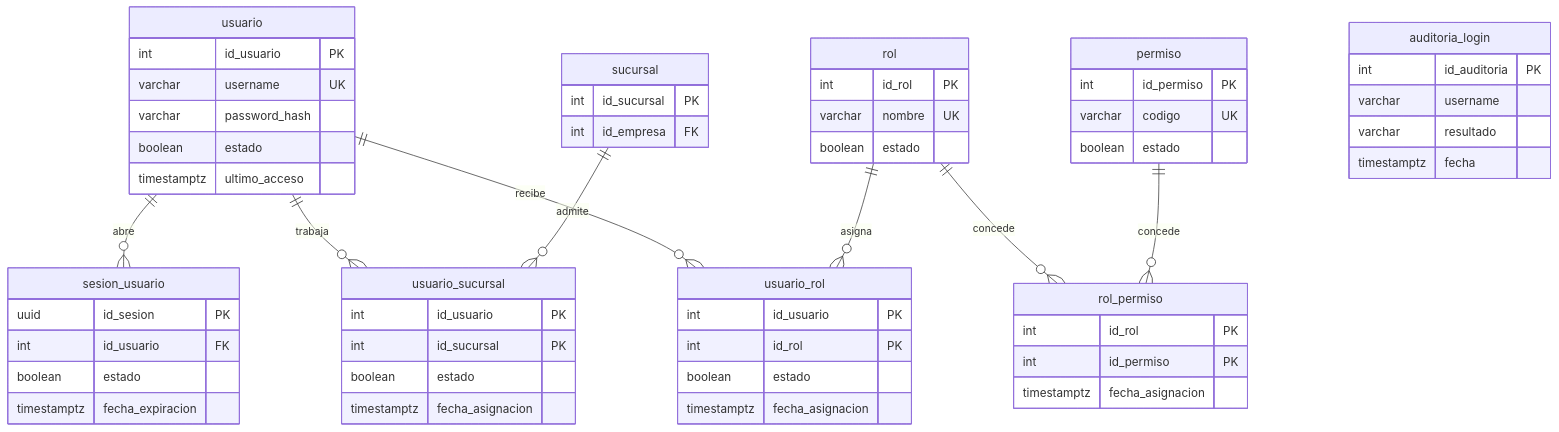
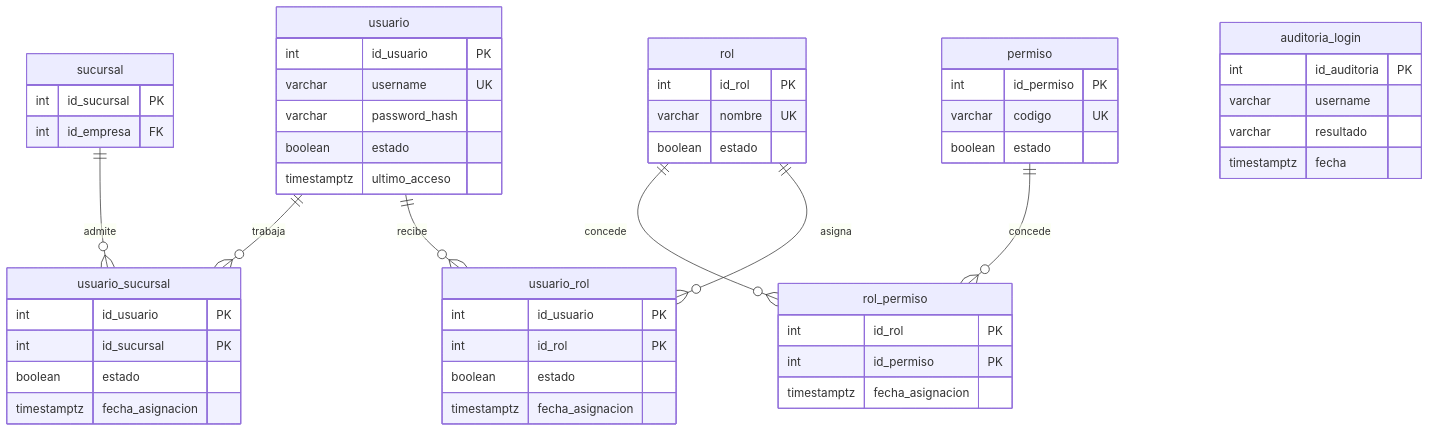
Before and after one commit to Dev-JeffZambrano/awr2.0: the fourth of 4 diagrams in documentacion/modelo-entidad-relacion.md, drawn with Mermaid. The commit also changed other lines of this file and 39 other files, not shown here.

````diff
--- a/documentacion/modelo-entidad-relacion.md
+++ b/documentacion/modelo-entidad-relacion.md
@@ -183,61 +270,54 @@
 ```mermaid
 erDiagram
     usuario ||--o{ usuario_rol : recibe
     rol ||--o{ usuario_rol : asigna
     rol ||--o{ rol_permiso : concede
     permiso ||--o{ rol_permiso : concede
     usuario ||--o{ usuario_sucursal : trabaja
     sucursal ||--o{ usuario_sucursal : admite
-    usuario ||--o{ sesion_usuario : abre
 
     usuario {
         int id_usuario PK
         varchar username UK
         varchar password_hash
         boolean estado
         timestamptz ultimo_acceso
     }
     rol {
         int id_rol PK
         varchar nombre UK
         boolean estado
     }
     permiso {
         int id_permiso PK
         varchar codigo UK
         boolean estado
     }
     usuario_rol {
         int id_usuario PK
         int id_rol PK
         boolean estado
         timestamptz fecha_asignacion
     }
     rol_permiso {
         int id_rol PK
         int id_permiso PK
         timestamptz fecha_asignacion
     }
     usuario_sucursal {
         int id_usuario PK
         int id_sucursal PK
         boolean estado
         timestamptz fecha_asignacion
     }
     sucursal {
         int id_sucursal PK
         int id_empresa FK
     }
-    sesion_usuario {
-        uuid id_sesion PK
-        int id_usuario FK
-        boolean estado
-        timestamptz fecha_expiracion
-    }
     auditoria_login {
         int id_auditoria PK
         varchar username
         varchar resultado
         timestamptz fecha
     }
 ```
````
